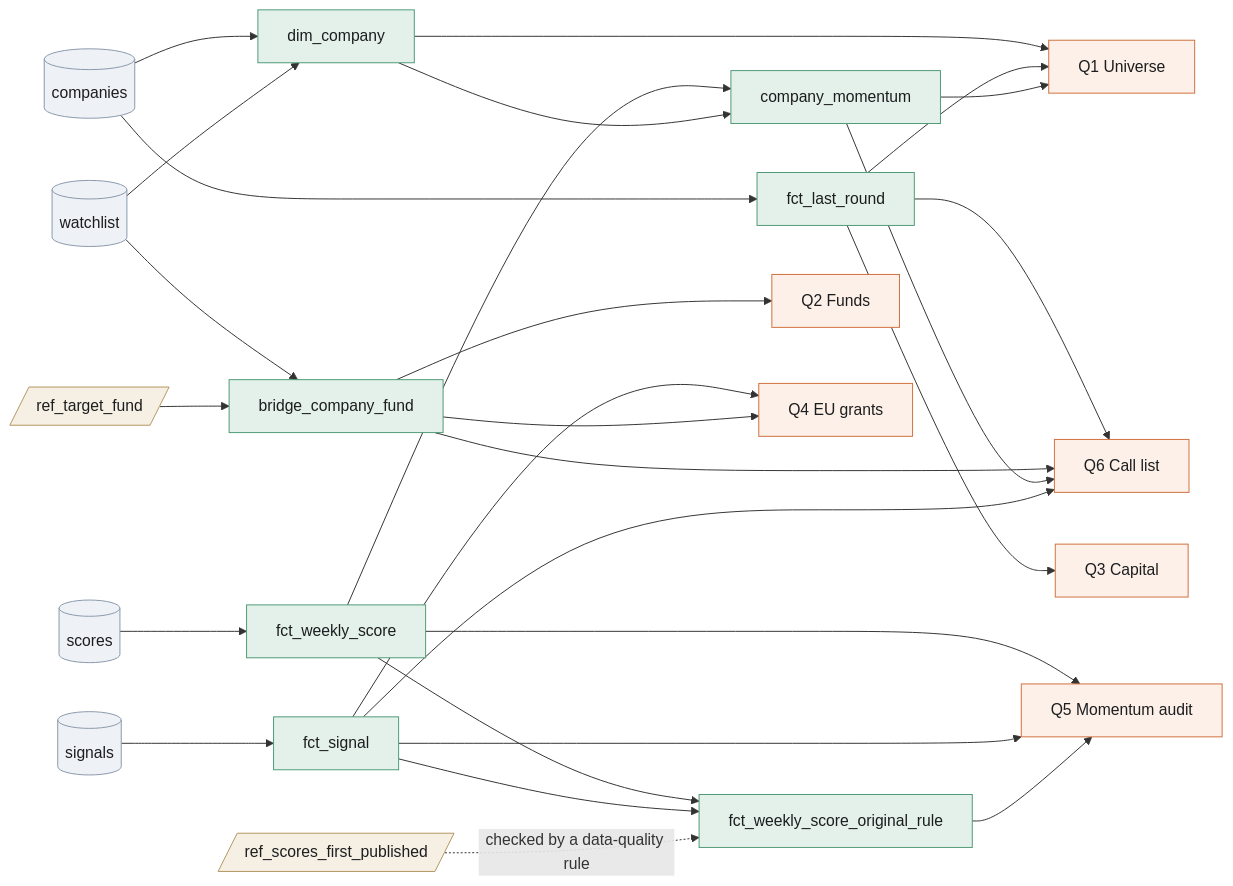
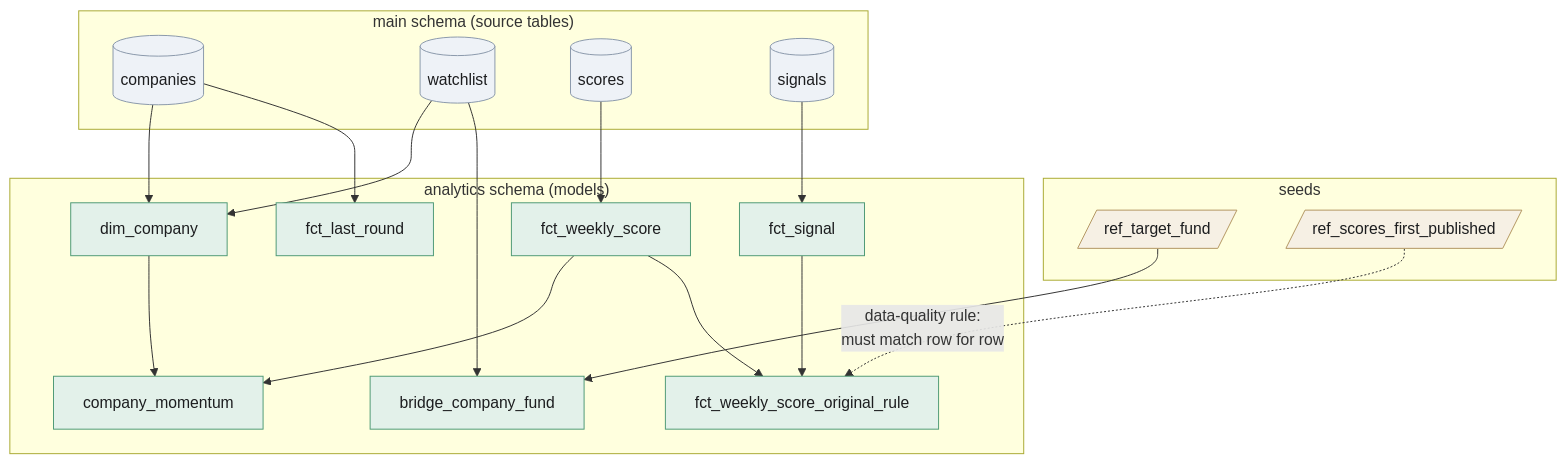
The second of 3 diagrams in docs/architecture.md (geve-ops/sql-for-vc-analysis), drawn with Mermaid before and after one commit. The commit also changed other lines of this file, not shown here.

Commit message:
Architecture: split model lineage into a diagram and a question-by-model table

````diff
--- a/docs/architecture.md
+++ b/docs/architecture.md
@@ -50,57 +50,39 @@
 ```mermaid
-flowchart LR
+flowchart TB
     classDef src fill:#eef2f7,stroke:#8a98ab,color:#1c1d1f
     classDef ref fill:#f6f0e4,stroke:#b39661,color:#1c1d1f
     classDef mdl fill:#e3f1ea,stroke:#4f9a76,color:#1c1d1f
-    classDef out fill:#fdf0e8,stroke:#d0703e,color:#1c1d1f
 
-    companies[(companies)]:::src
-    watchlist[(watchlist)]:::src
-    scores[(scores)]:::src
-    signals[(signals)]:::src
-    ref_target_fund[/ref_target_fund/]:::ref
-    ref_pub[/ref_scores_first_published/]:::ref
-
-    dim_company[dim_company]:::mdl
-    bridge[bridge_company_fund]:::mdl
-    last_round[fct_last_round]:::mdl
-    fct_signal[fct_signal]:::mdl
-    weekly[fct_weekly_score]:::mdl
-    momentum[company_momentum]:::mdl
-    original[fct_weekly_score_original_rule]:::mdl
-
-    q1["Q1 Universe"]:::out
-    q2["Q2 Funds"]:::out
-    q3["Q3 Capital"]:::out
-    q4["Q4 EU grants"]:::out
-    q5["Q5 Momentum audit"]:::out
-    q6["Q6 Call list"]:::out
+    subgraph main["main schema (source tables)"]
+        companies[(companies)]:::src
+        watchlist[(watchlist)]:::src
+        scores[(scores)]:::src
+        signals[(signals)]:::src
+    end
+    subgraph seeds["seeds"]
+        ref_target_fund[/ref_target_fund/]:::ref
+        ref_pub[/ref_scores_first_published/]:::ref
+    end
+    subgraph analytics["analytics schema (models)"]
+        dim_company[dim_company]:::mdl
+        bridge[bridge_company_fund]:::mdl
+        last_round[fct_last_round]:::mdl
+        fct_signal[fct_signal]:::mdl
+        weekly[fct_weekly_score]:::mdl
+        momentum[company_momentum]:::mdl
+        original[fct_weekly_score_original_rule]:::mdl
+    end
 
     companies --> dim_company
     watchlist --> dim_company
+    companies --> last_round
     watchlist --> bridge
     ref_target_fund --> bridge
-    companies --> last_round
     signals --> fct_signal
     scores --> weekly
     weekly --> momentum
     dim_company --> momentum
     weekly --> original
     fct_signal --> original
-    ref_pub -. "checked by a data-quality rule" .-> original
-
-    dim_company --> q1
-    last_round --> q1
-    momentum --> q1
-    bridge --> q2
-    last_round --> q3
-    fct_signal --> q4
-    bridge --> q4
-    weekly --> q5
-    fct_signal --> q5
-    original --> q5
-    last_round --> q6
-    bridge --> q6
-    momentum --> q6
-    fct_signal --> q6
+    ref_pub -. "data-quality rule:<br/>must match row for row" .-> original
 ```
````
